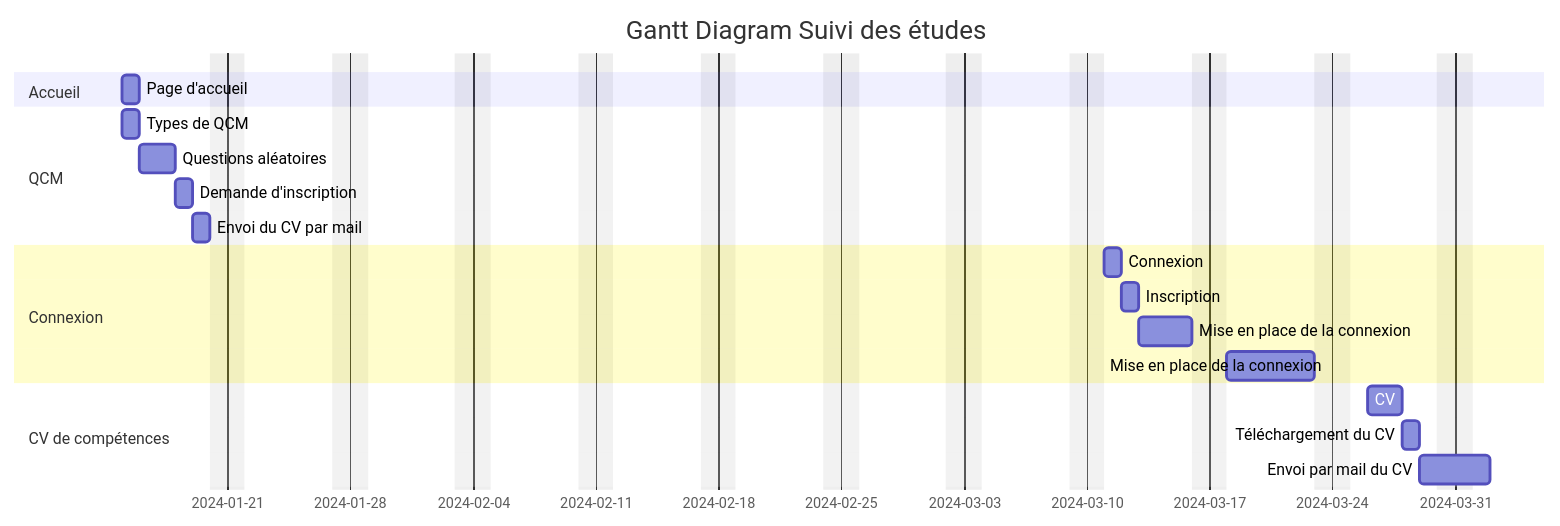
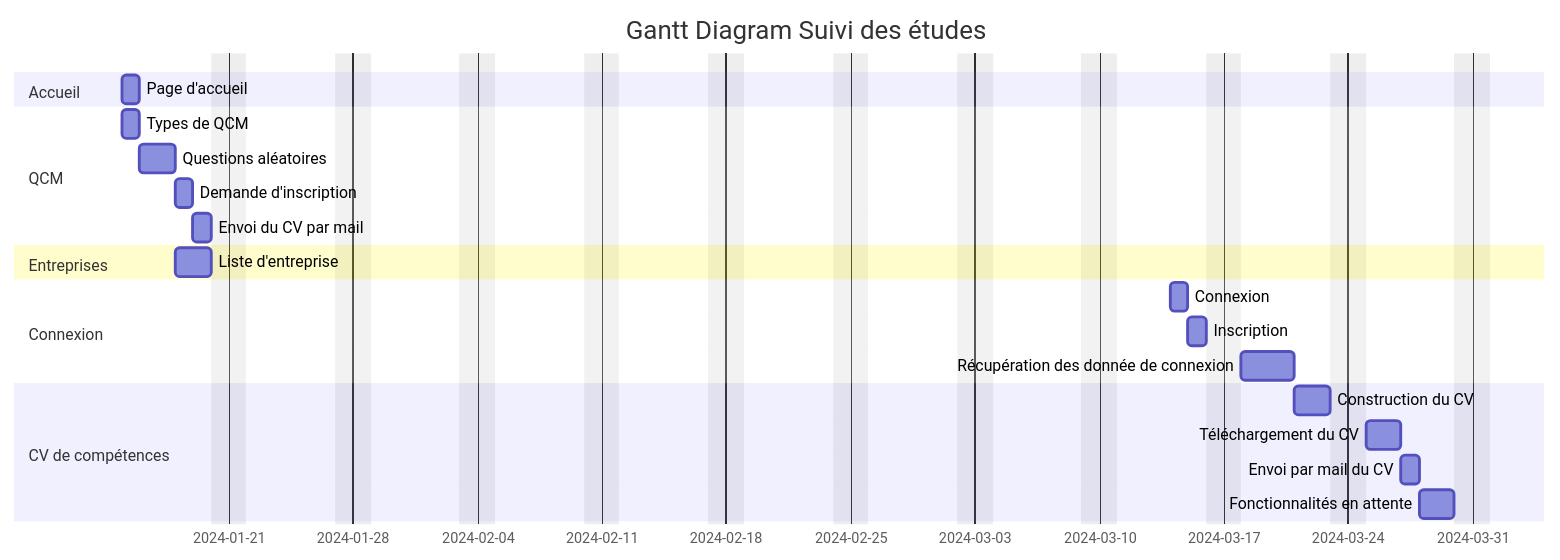
One commit to Arnaud-md/QCM_Orientation changed the diagram in Gantt_Diagram.md. Above: the diagram before and after it, drawn with Mermaid. The commit also changed other lines of this file and 3 other files, not shown here.

Commit message:
Gantt liste_qcm1&2 liste_entreprises

````diff
--- a/Gantt_Diagram.md
+++ b/Gantt_Diagram.md
@@ -15,22 +32,25 @@
 ```mermaid
 gantt
     title Gantt Diagram Suivi des études
     dateFormat  YYYY-MM-DD
     excludes weekends
     section Accueil
     Page d'accueil           :a1, 2024-01-15, 1d
     section QCM
     Types de QCM     :b1, 2024-01-15, 1d
     Questions aléatoires : 2d
     Demande d'inscription : 1d
     Envoi du CV par mail : 1d
+    section Entreprises
+    Liste d'entreprise     :b2, 2024-01-18, 2d
     section Connexion
-    Connexion      :a3, 2024-03-11  , 1d
+    Connexion      :a3, 2024-03-14  , 1d
     Inscription      : 1d
-    Mise en place de la connexion: 3d
-    Mise en place de la connexion: 5d
+    Récupération des donnée de connexion: 3d
+   
     section CV de compétences
-    CV      :a4, 2024-03-26 , 2d
-    Téléchargement du CV      : 1d
-    Envoi par mail du CV : 2d
+    Construction du CV      :a4, 2024-03-21 , 2d
+    Téléchargement du CV      : 2d
+    Envoi par mail du CV : 1d
+     Fonctionnalités en attente : 2d
 ```
````
